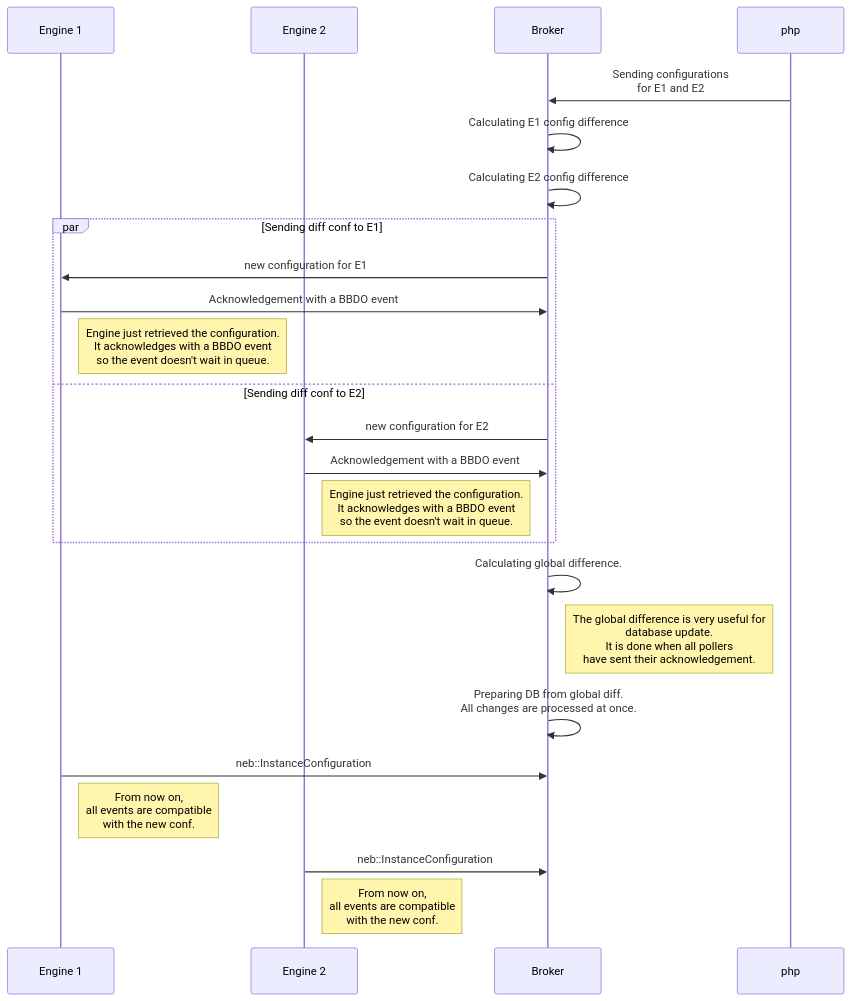
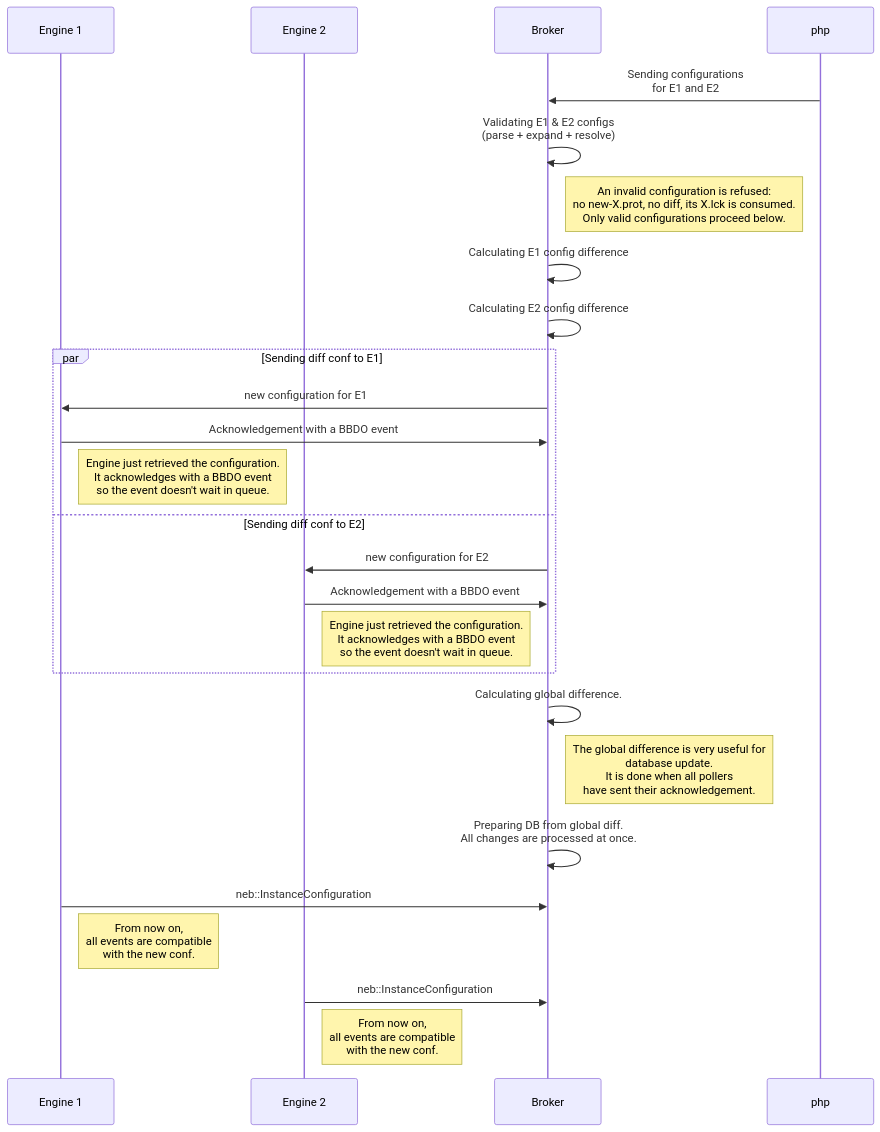
The seventh of 40 diagrams in doc/nego-engine-broker-en.md (centreon/centreon-collect), drawn with Mermaid before and after one commit. The commit also changed other lines of this file and 1 other file, not shown here.

````diff
--- a/doc/nego-engine-broker-en.md
+++ b/doc/nego-engine-broker-en.md
@@ -718,26 +796,28 @@
 ```mermaid
 sequenceDiagram
   participant E1 as Engine 1
   participant E2 as Engine 2
   participant B as Broker
   participant php
   php ->> B: Sending configurations<br/>for E1 and E2
+  B ->> B: Validating E1 & E2 configs<br/>(parse + expand + resolve)
+  Note right of B: An invalid configuration is refused:<br/>no new-X.prot, no diff, its X.lck is consumed.<br/>Only valid configurations proceed below.
   B ->> B: Calculating E1 config difference
   B ->> B: Calculating E2 config difference
   par Sending diff conf to E1
     B ->> E1: new configuration for E1
     E1 ->> B: Acknowledgement with a BBDO event
     Note right of E1: Engine just retrieved the configuration.<br/> It acknowledges with a BBDO event<br/>so the event doesn't wait in queue.
   and Sending diff conf to E2
     B ->> E2: new configuration for E2
     E2 ->> B: Acknowledgement with a BBDO event
     Note right of E2: Engine just retrieved the configuration.<br/> It acknowledges with a BBDO event<br/>so the event doesn't wait in queue.
   end
   B ->> B: Calculating global difference.
   Note right of B: The global difference is very useful for<br/>database update.<br/>It is done when all pollers<br/> have sent their acknowledgement.
   B ->> B: Preparing DB from global diff.<br/>All changes are processed at once.
   E1 ->> B: neb::InstanceConfiguration
   Note right of E1: From now on,<br/> all events are compatible<br/> with the new conf.
   E2 ->> B: neb::InstanceConfiguration
   Note right of E2: From now on,<br/> all events are compatible<br/> with the new conf.
 ```
````
